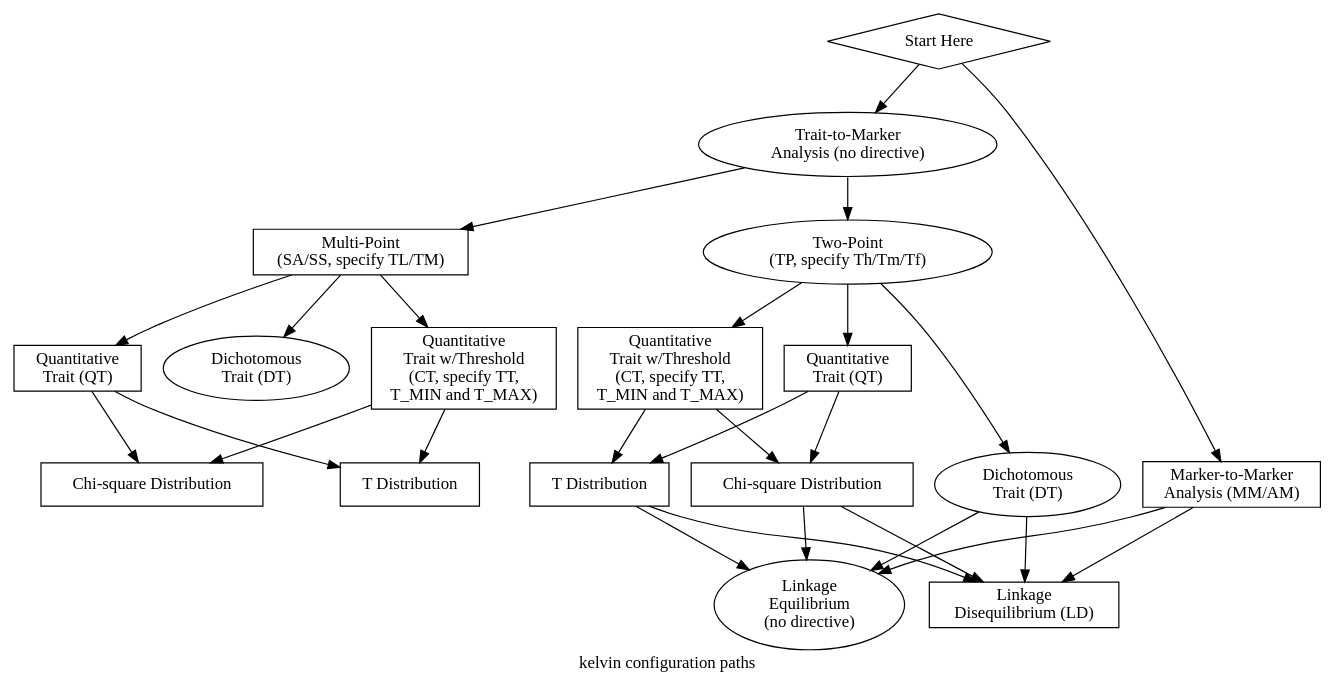
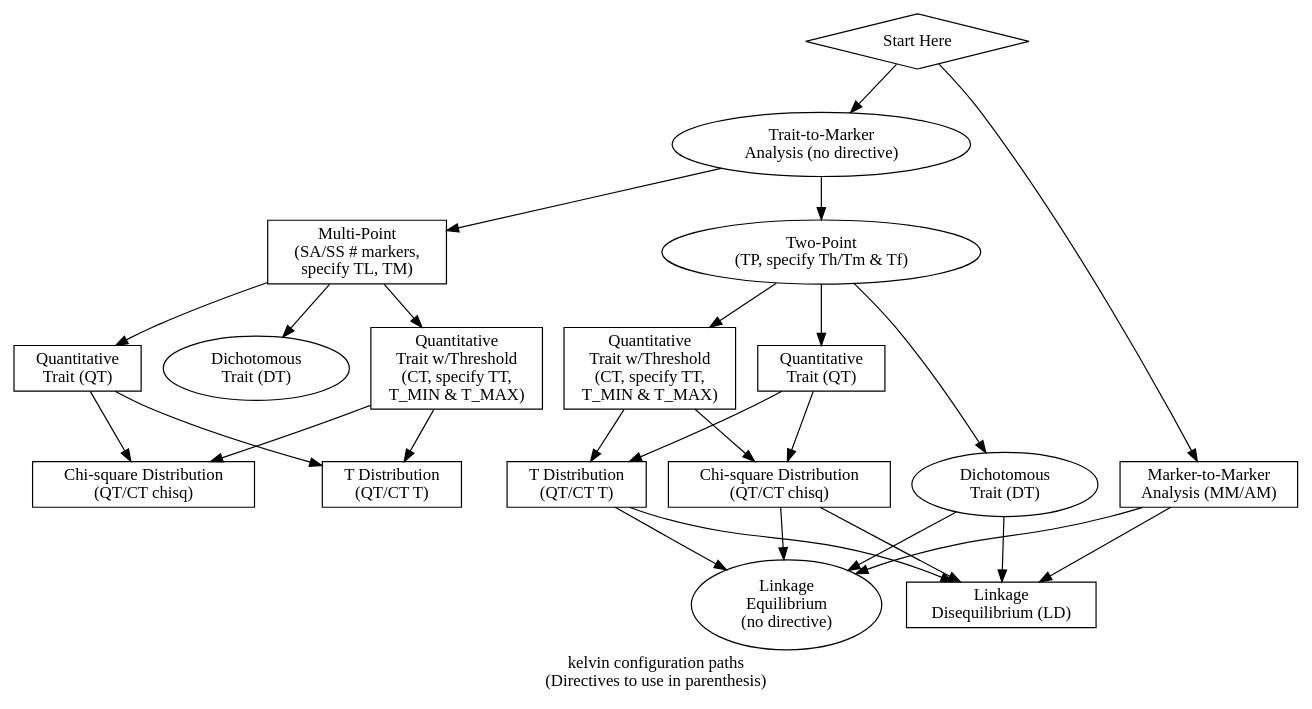
Before and after one commit to MathematicalMedicine/kelvin: the diagram in doc/config.dot, drawn with Graphviz.

Commit message:
Redone per Dr. Vieland

```diff
--- a/doc/config.dot
+++ b/doc/config.dot
@@ -1,49 +1,48 @@
 digraph kelvin_conf {
-	label="kelvin configuration paths"
+	label="kelvin configuration paths\n(Directives to use in parenthesis)"
 	"start" [shape=diamond, label="Start Here", height=.1, width=.1] ;
 	"MM" [shape=box, label="Marker-to-Marker\nAnalysis (MM/AM)"] ;
 	"TM" [shape=ellipse, label="Trait-to-Marker\nAnalysis (no directive)"] ;
-	"TP" [shape=ellipse, label="Two-Point\n(TP, specify Th/Tm/Tf)"] ;
+	"TP" [shape=ellipse, label="Two-Point\n(TP, specify Th/Tm & Tf)"] ;
 	"DTTP" [shape=ellipse, label="Dichotomous\nTrait (DT)"] ;
 	"DTMP" [shape=ellipse, label="Dichotomous\nTrait (DT)"] ;
 	"LE" [shape=ellipse, label="Linkage\nEquilibrium\n(no directive)"] ;
-	"MP" [shape=box, label="Multi-Point\n(SA/SS, specify TL/TM)"] ;
+	"MP" [shape=box, label="Multi-Point\n(SA/SS # markers,\nspecify TL, TM)"] ;
 	"QTTP" [shape=box, label="Quantitative\nTrait (QT)"] ;
 	"QTMP" [shape=box, label="Quantitative\nTrait (QT)"] ;
-	"MP" [shape=box, label="Multi-Point\n(SA/SS, specify TL/TM)"] ;
 	"LD" [shape=box, label="Linkage\nDisequilibrium (LD)"] ;
-	"CTTP" [shape=box, label="Quantitative\nTrait w/Threshold\n(CT, specify TT,\nT_MIN and T_MAX)"] ;
-	"CTMP"  [shape=box, label="Quantitative\nTrait w/Threshold\n (CT, specify TT,\nT_MIN and T_MAX)"] ;
-	"CS" [shape=box, label="Chi-square Distribution"] ;
-	"TD" [shape=box, label="T Distribution"] ;
-	"CSTP" [shape=box, label="Chi-square Distribution"] ;
-	"TDTP" [shape=box, label="T Distribution"] ;
+	"CTTP" [shape=box, label="Quantitative\nTrait w/Threshold\n(CT, specify TT,\nT_MIN & T_MAX)"] ;
+	"CTMP"  [shape=box, label="Quantitative\nTrait w/Threshold\n (CT, specify TT,\nT_MIN & T_MAX)"] ;
+	"CS" [shape=box, label="Chi-square Distribution\n(QT/CT chisq)"] ;
+	"TD" [shape=box, label="T Distribution\n(QT/CT T)"] ;
+	"CSTP" [shape=box, label="Chi-square Distribution\n(QT/CT chisq)"] ;
+	"TDTP" [shape=box, label="T Distribution\n(QT/CT T)"] ;
 
 	"start" -> "MM" ;
 	"start" -> "TM" ;
 	"MM" -> "LE" ;
 	"MM" -> "LD" ;
 	"TM" -> "TP" ;
 	"TM" -> "MP" ;
 	"TP" -> "DTTP" ;
 	"TP" -> "QTTP" ;
 	"TP" -> "CTTP" ;
 	"MP" -> "DTMP" ;
 	"MP" -> "QTMP" ;
 	"MP" -> "CTMP" ;
 	"DTTP" -> "LE" ;
 	"DTTP" -> "LD" ;
 	"CTTP" -> "CSTP" ;
 	"CTTP" -> "TDTP" ;
 	"QTTP" -> "CSTP" ;
 	"QTTP" -> "TDTP" ;
 	"QTMP" -> "CS" ;
 	"QTMP" -> "TD" ;
 	"CTMP" -> "CS" ;
 	"CTMP" -> "TD" ;
 	"CSTP" -> "LE" ;
 	"CSTP" -> "LD" ;
 	"TDTP" -> "LE" ;
 	"TDTP" -> "LD" ;
 
 }
```
